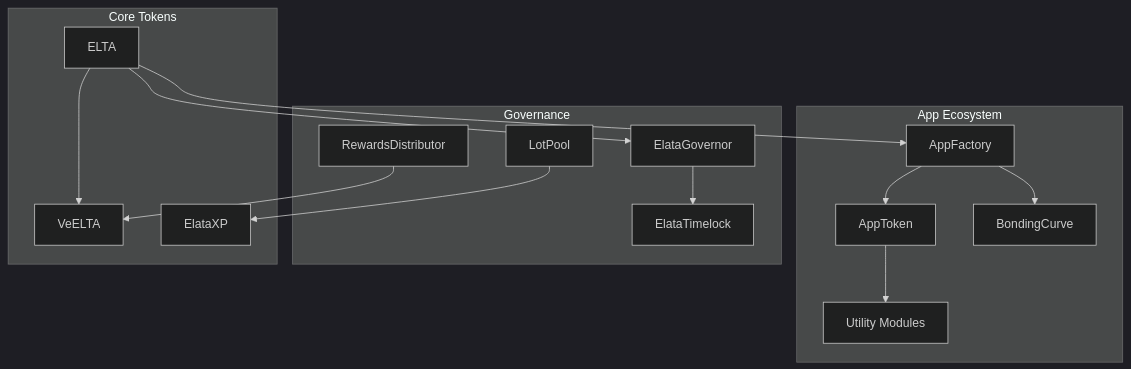
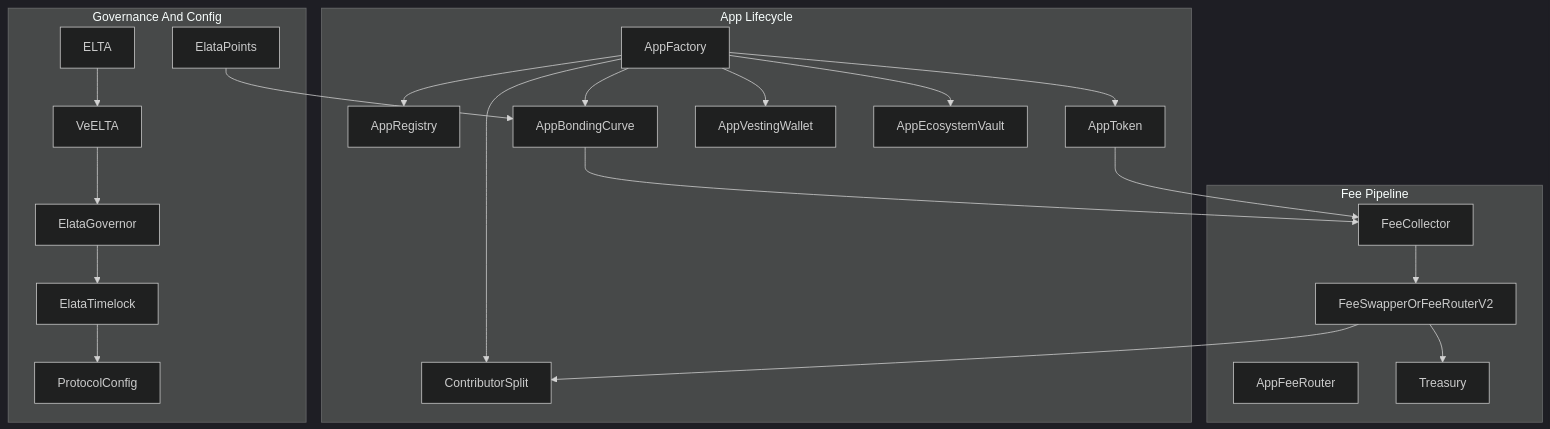
Before and after one commit to Elata-Biosciences/elata-protocol: the diagram in docs/ARCHITECTURE.md, drawn with Mermaid (dark theme). The commit also changed other lines of this file and 481 other files, not shown here.

````diff
--- a/docs/ARCHITECTURE.md
+++ b/docs/ARCHITECTURE.md
@@ -15,34 +7,47 @@
 ```mermaid
 graph TB
-    subgraph "App Ecosystem"
+    subgraph appLifecycle [App Lifecycle]
         AppFactory[AppFactory]
+        AppRegistry[AppRegistry]
         AppToken[AppToken]
-        BondingCurve[BondingCurve]
-        Modules[Utility Modules]
+        AppCurve[AppBondingCurve]
+        Vesting[AppVestingWallet]
+        Ecosystem[AppEcosystemVault]
+        Split[ContributorSplit]
     end
-    
-    subgraph "Governance"
-        Governor[ElataGovernor]
-        Timelock[ElataTimelock]
-        LotPool[LotPool]
-        Rewards[RewardsDistributor]
+
+    subgraph feePipeline [Fee Pipeline]
+        AppFeeRouter[AppFeeRouter]
+        FeeCollector[FeeCollector]
+        FeeSwapper[FeeSwapperOrFeeRouterV2]
+        Treasury[Treasury]
     end
-    
-    subgraph "Core Tokens"
+
+    subgraph governanceLayer [Governance And Config]
         ELTA[ELTA]
         VeELTA[VeELTA]
-        XP[ElataXP]
+        XP[ElataPoints]
+        Gov[ElataGovernor]
+        Timelock[ElataTimelock]
+        Config[ProtocolConfig]
     end
-    
+
+    AppFactory --> AppRegistry
     AppFactory --> AppToken
-    AppFactory --> BondingCurve
-    AppToken --> Modules
-    
-    Governor --> Timelock
-    LotPool --> XP
-    Rewards --> VeELTA
-    
+    AppFactory --> AppCurve
+    AppFactory --> Vesting
+    AppFactory --> Ecosystem
+    AppFactory --> Split
+
+    AppCurve --> FeeCollector
+    AppToken --> FeeCollector
+    FeeCollector --> FeeSwapper
+    FeeSwapper --> Treasury
+    FeeSwapper --> Split
+
     ELTA --> VeELTA
-    ELTA --> Governor
-    ELTA --> AppFactory
+    VeELTA --> Gov
+    Gov --> Timelock
+    Timelock --> Config
+    XP --> AppCurve
 ```
````
